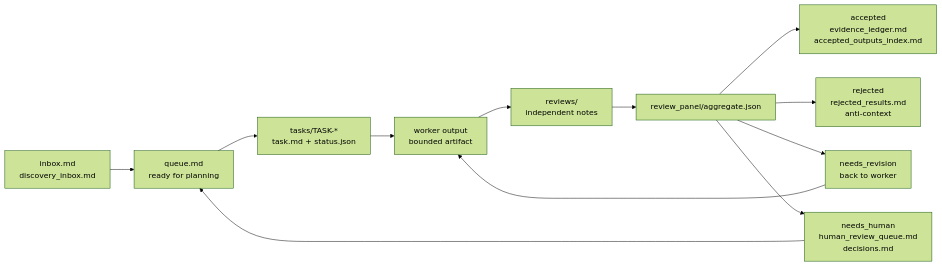
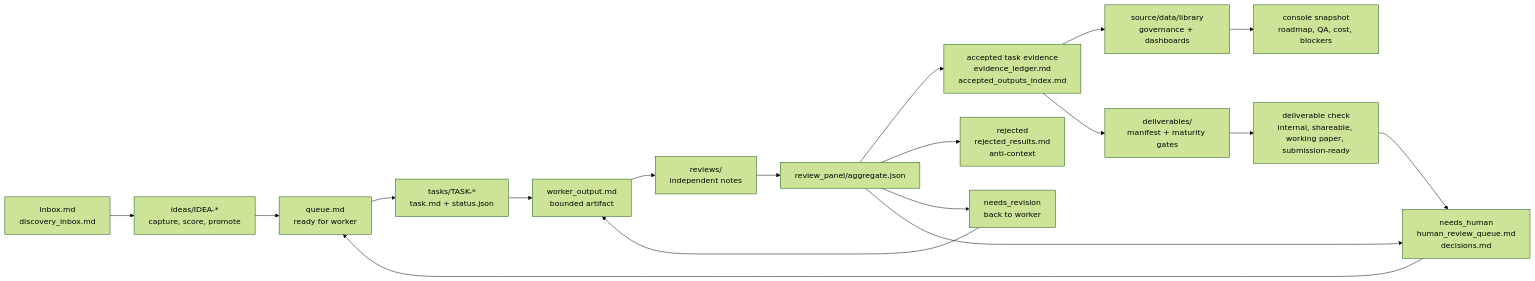
Before and after one commit to dzianissokalau/async-research: the diagram in README.md, drawn with Mermaid (forest theme). The commit also changed other lines of this file, not shown here.

````diff
--- a/README.md
+++ b/README.md
@@ -36,14 +39,20 @@
 ```mermaid
 flowchart LR
-    inbox["inbox.md<br/>discovery_inbox.md"] --> queue["queue.md<br/>ready for planning"]
+    inbox["inbox.md<br/>discovery_inbox.md"] --> ideas["ideas/IDEA-*<br/>capture, score, promote"]
+    ideas --> queue["queue.md<br/>ready for worker"]
     queue --> task["tasks/TASK-*<br/>task.md + status.json"]
-    task --> worker["worker output<br/>bounded artifact"]
+    task --> worker["worker_output.md<br/>bounded artifact"]
     worker --> review["reviews/<br/>independent notes"]
     review --> aggregate["review_panel/aggregate.json"]
-    aggregate --> accepted["accepted<br/>evidence_ledger.md<br/>accepted_outputs_index.md"]
+    aggregate --> accepted["accepted task evidence<br/>evidence_ledger.md<br/>accepted_outputs_index.md"]
     aggregate --> rejected["rejected<br/>rejected_results.md<br/>anti-context"]
     aggregate --> revision["needs_revision<br/>back to worker"]
     aggregate --> human["needs_human<br/>human_review_queue.md<br/>decisions.md"]
+    accepted --> foundations["source/data/library<br/>governance + dashboards"]
+    accepted --> deliverables["deliverables/<br/>manifest + maturity gates"]
+    foundations --> console["console snapshot<br/>roadmap, QA, cost, blockers"]
+    deliverables --> maturity["deliverable check<br/>internal, shareable, working paper, submission-ready"]
     human --> queue
     revision --> worker
+    maturity --> human
 ```
````
